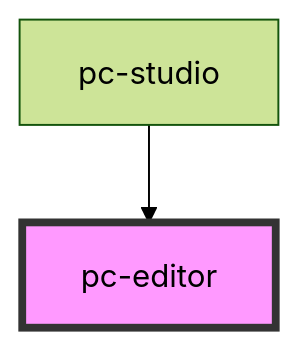
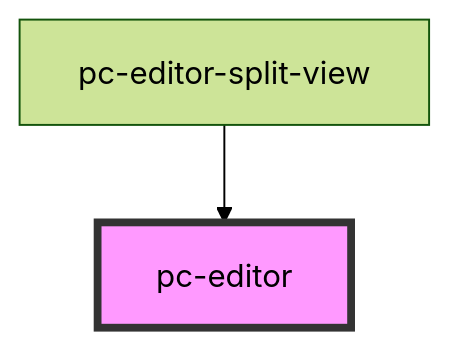
Before and after one commit to bettermusic/studio: the diagram in packages/studio-components/src/components/editor/readme.md, drawn with Mermaid (forest theme). The commit also changed other lines of this file and 16 other files, not shown here.

````diff
--- a/packages/studio-components/src/components/editor/readme.md
+++ b/packages/studio-components/src/components/editor/readme.md
@@ -29,5 +29,5 @@
 ```mermaid
 graph TD;
-  pc-studio --> pc-editor
+  pc-editor-split-view --> pc-editor
   style pc-editor fill:#f9f,stroke:#333,stroke-width:4px
 ```
````
